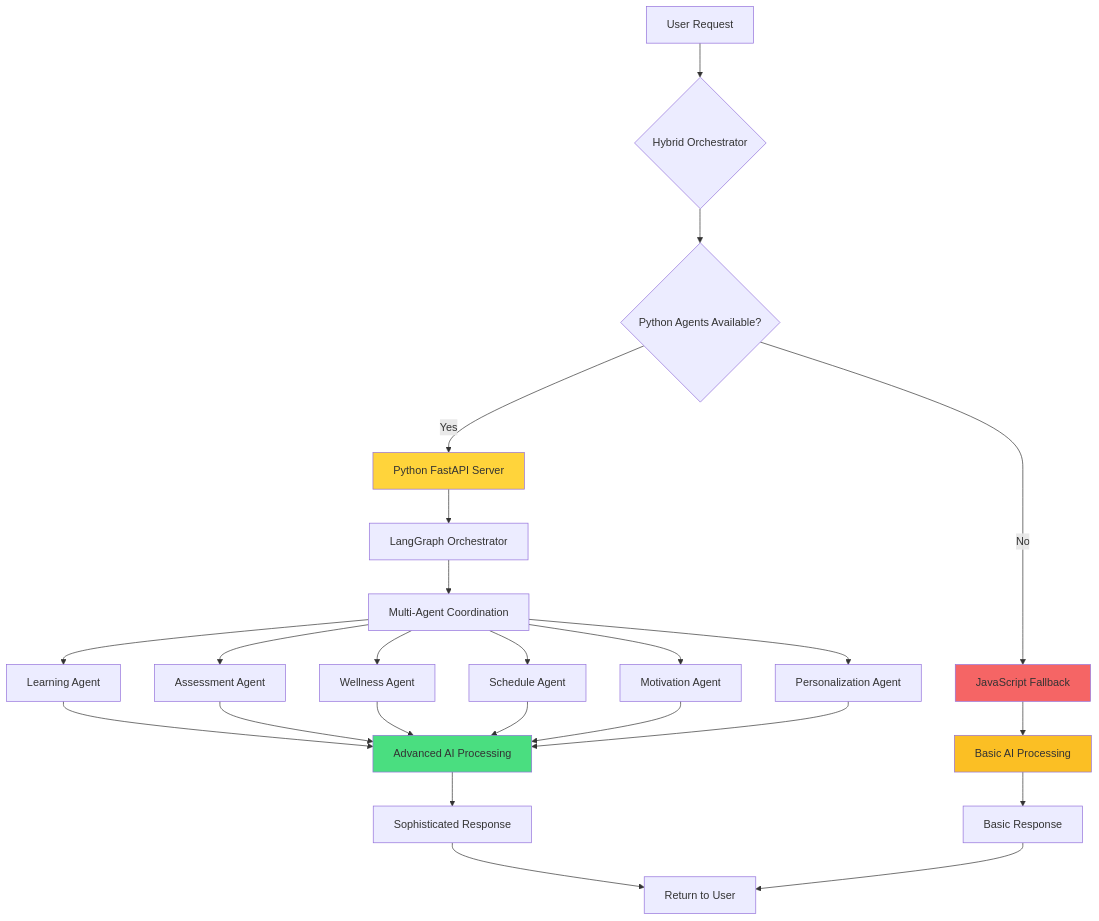
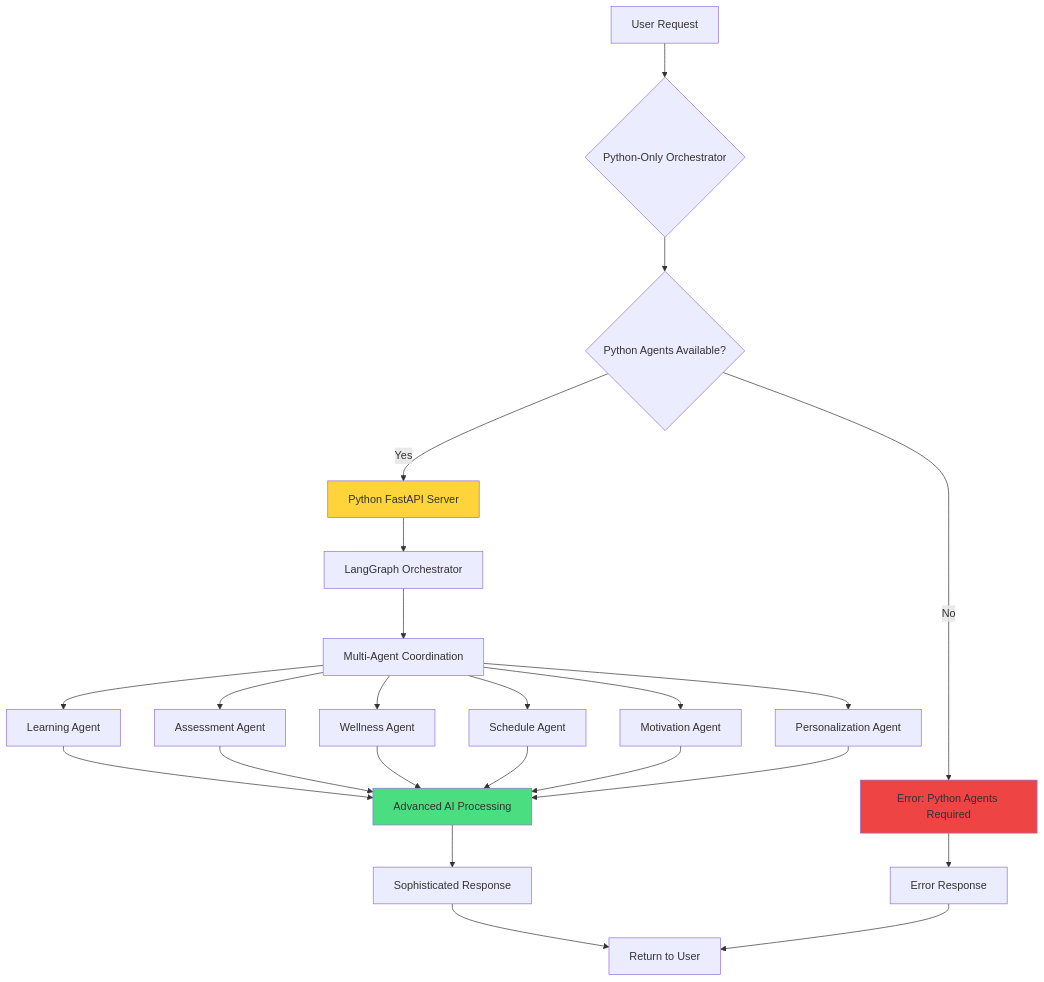
Before and after one commit to sanjaynesan-05/AI-Powered-Study-Assistant: the third of 5 diagrams in PROJECT_ANALYSIS.md, drawn with Mermaid. The commit also changed other lines of this file and 35 other files, not shown here.

````diff
--- a/PROJECT_ANALYSIS.md
+++ b/PROJECT_ANALYSIS.md
@@ -170,37 +155,35 @@
 ```mermaid
 flowchart TD
-    A[User Request] --> B{Hybrid Orchestrator}
+    A[User Request] --> B{Python-Only Orchestrator}
     B --> C{Python Agents Available?}
     
     C -->|Yes| D[Python FastAPI Server]
-    C -->|No| E[JavaScript Fallback]
+    C -->|No| E[Error: Python Agents Required]
     
     D --> F[LangGraph Orchestrator]
     F --> G[Multi-Agent Coordination]
     G --> H[Learning Agent]
     G --> I[Assessment Agent]
     G --> J[Wellness Agent]
     G --> K[Schedule Agent]
     G --> L[Motivation Agent]
     G --> M[Personalization Agent]
     
     H --> N[Advanced AI Processing]
     I --> N
     J --> N
     K --> N
     L --> N
     M --> N
     
-    E --> O[Basic AI Processing]
+    E --> O[Error Response]
     
     N --> P[Sophisticated Response]
-    O --> Q[Basic Response]
     
-    P --> R[Return to User]
-    Q --> R
+    P --> Q[Return to User]
+    O --> Q
     
     style D fill:#ffd43b
-    style E fill:#f56565
+    style E fill:#ef4444
     style N fill:#4ade80
-    style O fill:#fbbf24
 ```
````
